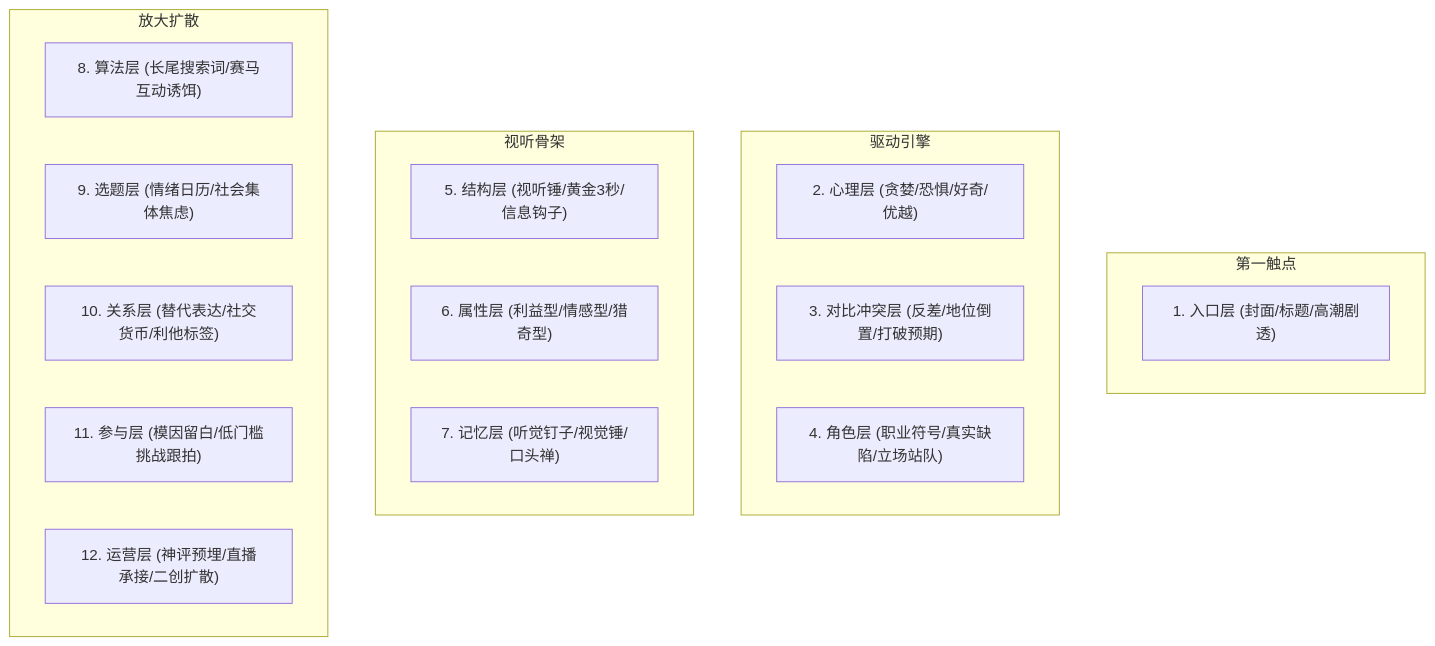
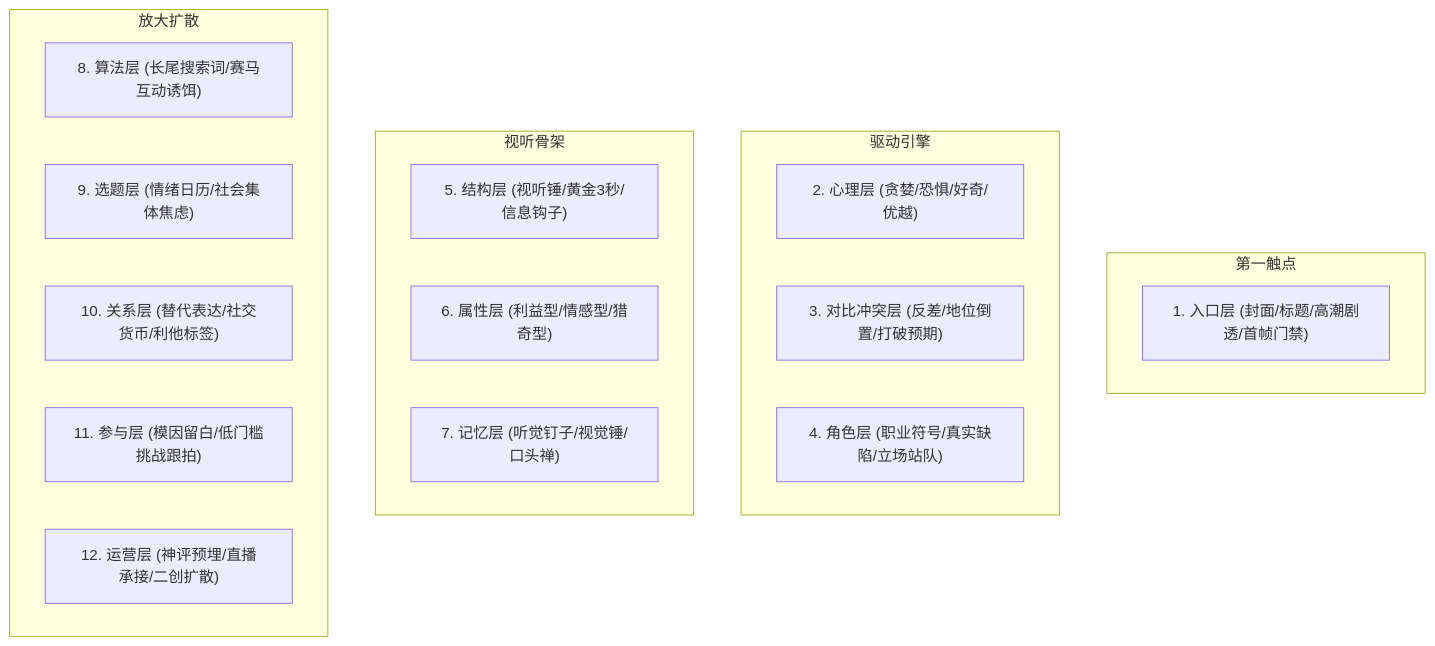
The diagram in docs/source/courses/douyin_short_video/stage2/02_viral_elements_framework.md (ponyletter/py310sphinx_knowledge), drawn with Mermaid before and after one commit. The commit also changed other lines of this file and 4 other files, not shown here.

Commit message:
docs(batch-1): integrate zero-assumption metaphors, 6 cognitive archetypes, phrase-level captions, first-frame gates, and dual-track text architecture

````diff
--- a/docs/source/courses/douyin_short_video/stage2/02_viral_elements_framework.md
+++ b/docs/source/courses/douyin_short_video/stage2/02_viral_elements_framework.md
@@ -12,23 +12,23 @@
 ```{mermaid}
 graph TD
     subgraph 第一触点
-        M1["1. 入口层 (封面/标题/高潮剧透)"]
+        M1["1. 入口层 (封面/标题/高潮剧透/首帧门禁)"]
     end
     subgraph 驱动引擎
         M2["2. 心理层 (贪婪/恐惧/好奇/优越)"]
         M3["3. 对比冲突层 (反差/地位倒置/打破预期)"]
         M4["4. 角色层 (职业符号/真实缺陷/立场站队)"]
     end
     subgraph 视听骨架
         M5["5. 结构层 (视听锤/黄金3秒/信息钩子)"]
         M6["6. 属性层 (利益型/情感型/猎奇型)"]
         M7["7. 记忆层 (听觉钉子/视觉锤/口头禅)"]
     end
     subgraph 放大扩散
         M8["8. 算法层 (长尾搜索词/赛马互动诱饵)"]
         M9["9. 选题层 (情绪日历/社会集体焦虑)"]
         M10["10. 关系层 (替代表达/社交货币/利他标签)"]
         M11["11. 参与层 (模因留白/低门槛挑战跟拍)"]
         M12["12. 运营层 (神评预埋/直播承接/二创扩散)"]
     end
 ```
````
